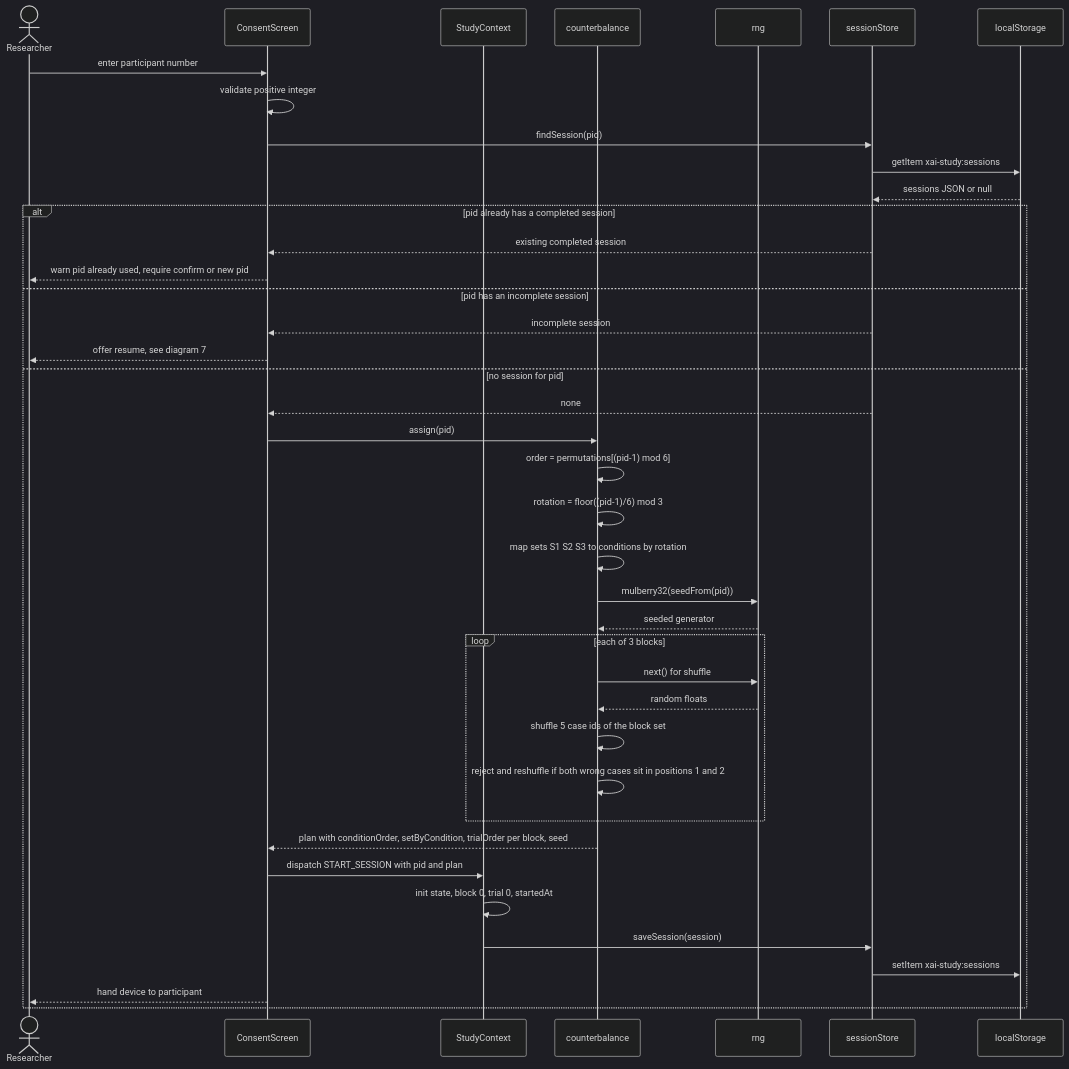
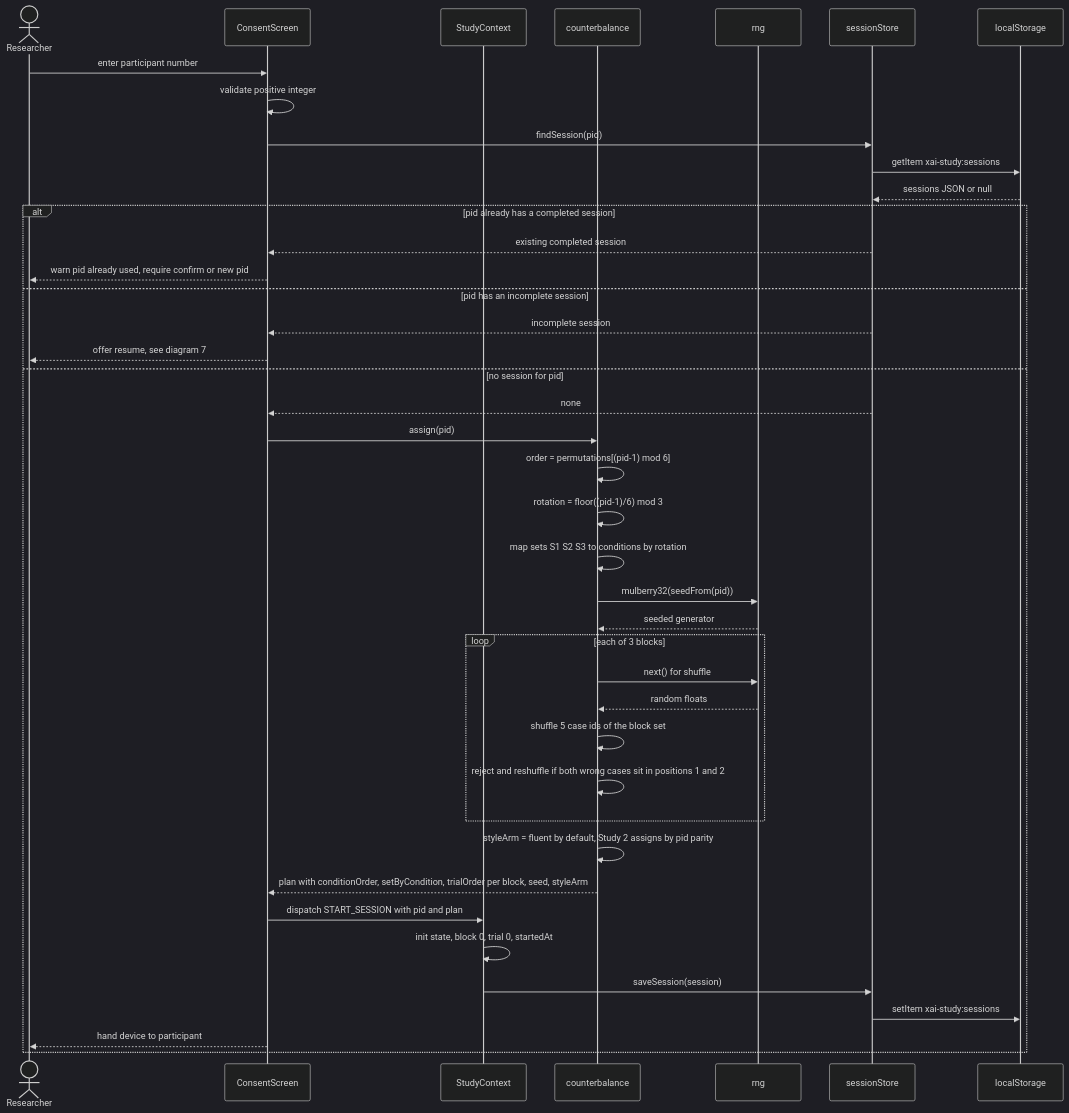
Before and after one commit to bibekgupta3333/HCI: the first of 8 diagrams in docs/sequence-diagrams.md, drawn with Mermaid (dark theme). The commit also changed other lines of this file and 10 other files, not shown here.

````diff
--- a/docs/sequence-diagrams.md
+++ b/docs/sequence-diagrams.md
@@ -22,43 +22,44 @@
 ```mermaid
 sequenceDiagram
     actor Researcher
     participant Consent as ConsentScreen
     participant SC as StudyContext
     participant CB as counterbalance
     participant RNG as rng
     participant SS as sessionStore
     participant LS as localStorage
 
     Researcher->>Consent: enter participant number
     Consent->>Consent: validate positive integer
     Consent->>SS: findSession(pid)
     SS->>LS: getItem xai-study:sessions
     LS-->>SS: sessions JSON or null
     alt pid already has a completed session
         SS-->>Consent: existing completed session
         Consent-->>Researcher: warn pid already used, require confirm or new pid
     else pid has an incomplete session
         SS-->>Consent: incomplete session
         Consent-->>Researcher: offer resume, see diagram 7
     else no session for pid
         SS-->>Consent: none
         Consent->>CB: assign(pid)
         CB->>CB: order = permutations[(pid-1) mod 6]
         CB->>CB: rotation = floor((pid-1)/6) mod 3
         CB->>CB: map sets S1 S2 S3 to conditions by rotation
         CB->>RNG: mulberry32(seedFrom(pid))
         RNG-->>CB: seeded generator
         loop each of 3 blocks
             CB->>RNG: next() for shuffle
             RNG-->>CB: random floats
             CB->>CB: shuffle 5 case ids of the block set
             CB->>CB: reject and reshuffle if both wrong cases sit in positions 1 and 2
         end
-        CB-->>Consent: plan with conditionOrder, setByCondition, trialOrder per block, seed
+        CB->>CB: styleArm = fluent by default, Study 2 assigns by pid parity
+        CB-->>Consent: plan with conditionOrder, setByCondition, trialOrder per block, seed, styleArm
         Consent->>SC: dispatch START_SESSION with pid and plan
         SC->>SC: init state, block 0, trial 0, startedAt
         SC->>SS: saveSession(session)
         SS->>LS: setItem xai-study:sessions
         Consent-->>Researcher: hand device to participant
     end
 ```
````
